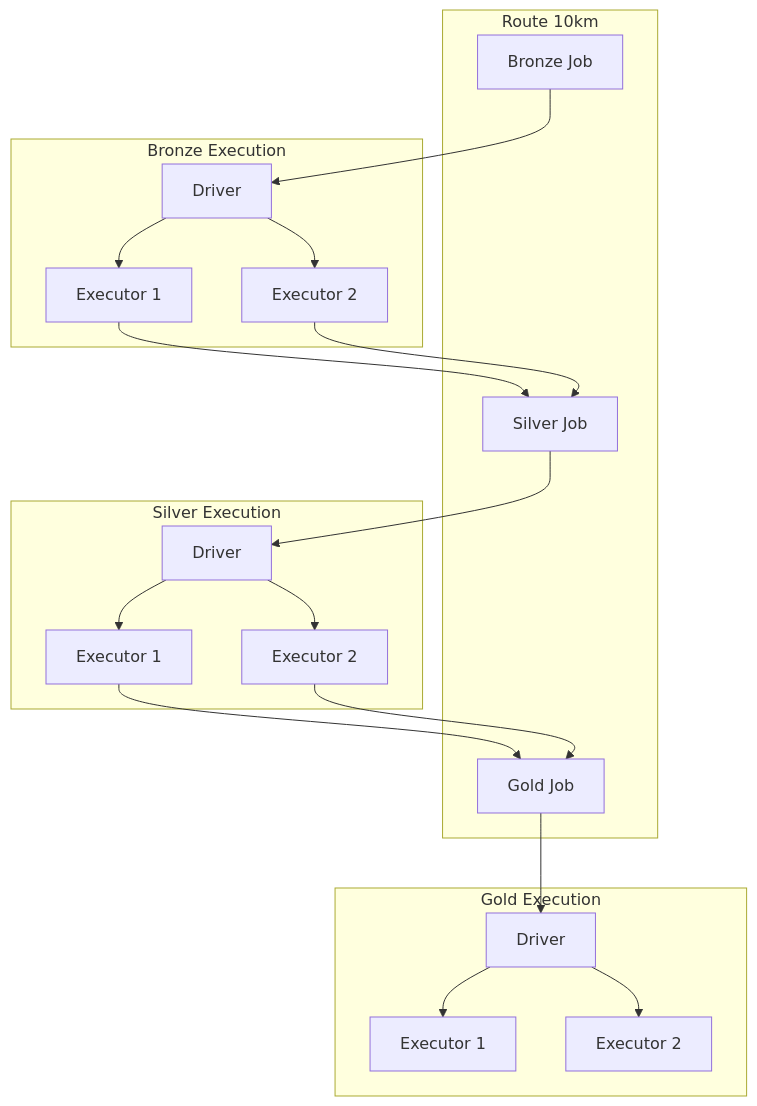
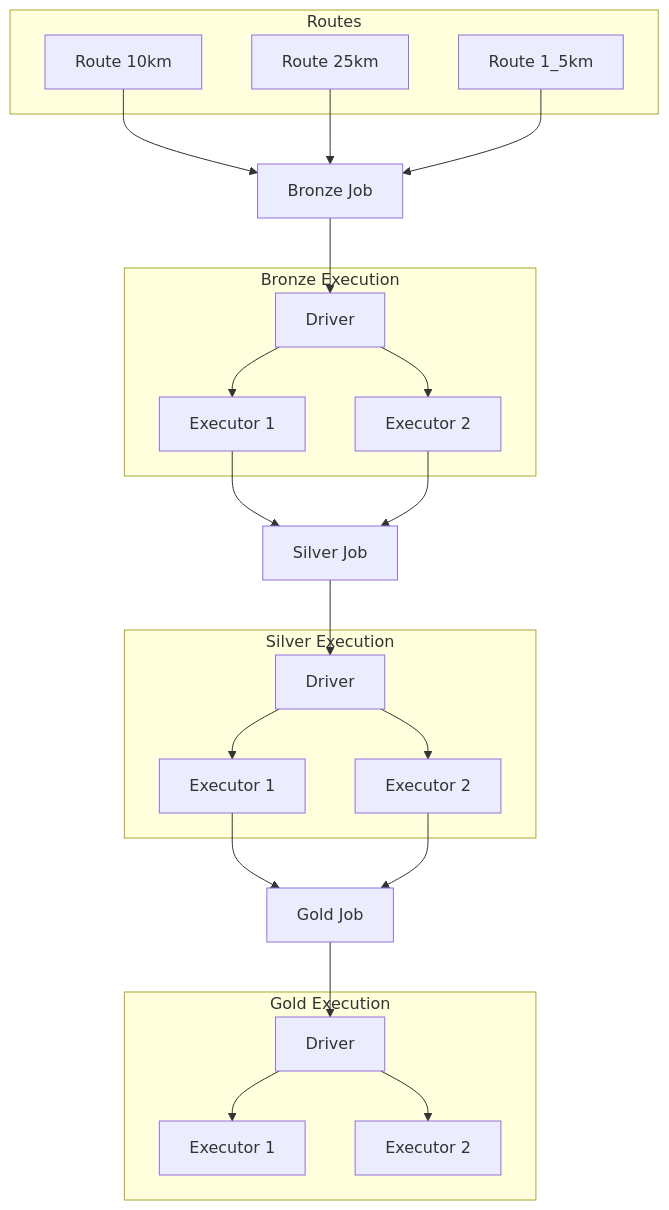
The diagram in Readme.md (PatiphanAK/fp_project_demo), drawn with Mermaid before and after one commit.

Commit message:
update readme.md graph

````diff
--- a/Readme.md
+++ b/Readme.md
@@ -57,43 +57,51 @@
 ```mermaid
 graph TD
 
-    subgraph Route 10km
-        A1[Bronze Job]
-        A2[Silver Job]
-        A3[Gold Job]
+    subgraph Routes
+        R1[Route 10km]
+        R2[Route 25km]
+        R3[Route 1_5km]
     end
+
+    R1 --> A1
+    R2 --> A1
+    R3 --> A1
+
+    A1[Bronze Job]
+    A2[Silver Job]
+    A3[Gold Job]
 
     subgraph Bronze Execution
         B1[Driver]
         B2[Executor 1]
         B3[Executor 2]
     end
 
     subgraph Silver Execution
         C1[Driver]
         C2[Executor 1]
         C3[Executor 2]
     end
 
     subgraph Gold Execution
         D1[Driver]
         D2[Executor 1]
         D3[Executor 2]
     end
 
     A1 --> B1
     B1 --> B2
     B1 --> B3
     B2 --> A2
     B3 --> A2
 
     A2 --> C1
     C1 --> C2
     C1 --> C3
     C2 --> A3
     C3 --> A3
 
     A3 --> D1
     D1 --> D2
     D1 --> D3
 ```
````
